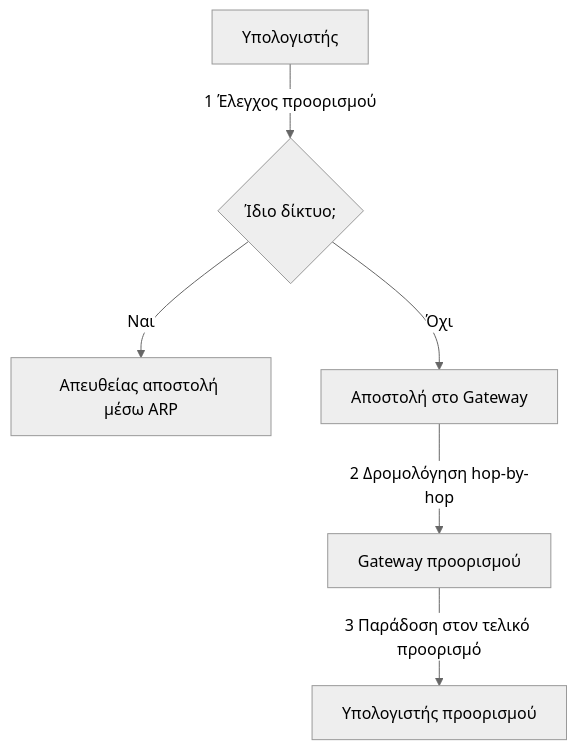
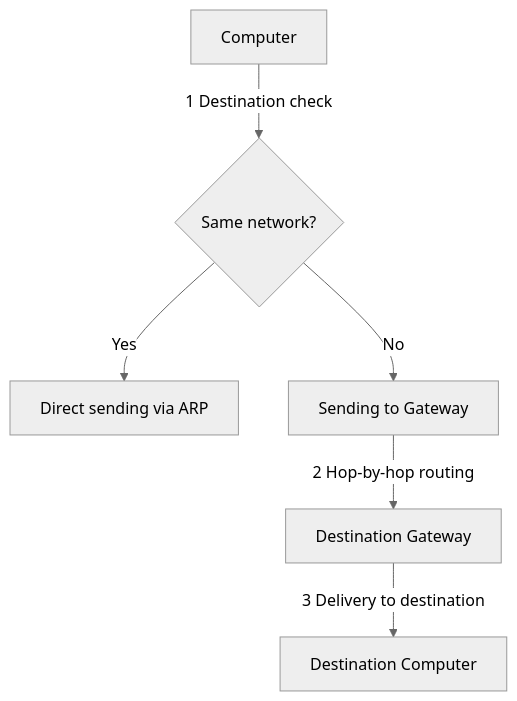
Before and after one commit to PanagopoulosNikolaos/DitOpenNotes: the third of 6 diagrams in Year_1/Semester_2/NETWORKING/Resources/Notes/4. Internet Layer.md, drawn with Mermaid (neutral theme). The commit also changed other lines of this file and 61 other files, not shown here.

````diff
--- a/Year_1/Semester_2/NETWORKING/Resources/Notes/4. Internet Layer.md
+++ b/Year_1/Semester_2/NETWORKING/Resources/Notes/4. Internet Layer.md
@@ -46,8 +46,8 @@
 ```Mermaid
 graph TD
-    A["Υπολογιστής"] -->|"1 Έλεγχος προορισμού"| B{"Ίδιο δίκτυο;"}
-    B -->|"Ναι"| C["Απευθείας αποστολή μέσω ARP"]
-    B -->|"Όχι"| D["Αποστολή στο Gateway"]
-    D -->|"2 Δρομολόγηση hop-by-hop"| E["Gateway προορισμού"]
-    E -->|"3 Παράδοση στον τελικό προορισμό"| F["Υπολογιστής προορισμού"]
+    A["Computer"] -->|"1 Destination check"| B{"Same network?"}
+    B -->|"Yes"| C["Direct sending via ARP"]
+    B -->|"No"| D["Sending to Gateway"]
+    D -->|"2 Hop-by-hop routing"| E["Destination Gateway"]
+    E -->|"3 Delivery to destination"| F["Destination Computer"]
 ```
````
